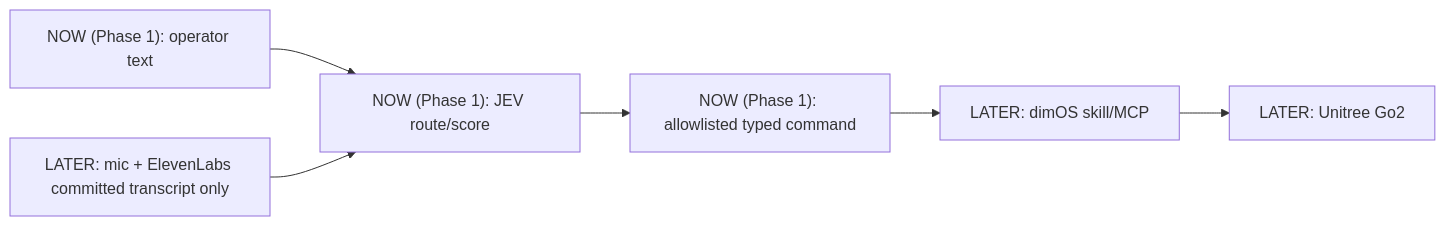
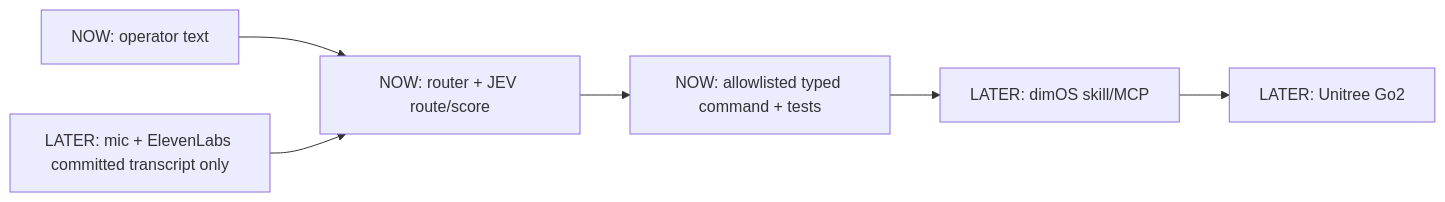
Before and after one commit to EkagraAgarwal/Steve: the diagram in README.md, drawn with Mermaid. The commit also changed other lines of this file and 9 other files, not shown here.

Commit message:
feat: add JEV command router

````diff
--- a/README.md
+++ b/README.md
@@ -15,8 +15,8 @@
 ```mermaid
 flowchart LR
-    T["NOW (Phase 1): operator text"] --> J["NOW (Phase 1): JEV route/score"]
-    J --> C["NOW (Phase 1): allowlisted typed command"]
+    T["NOW: operator text"] --> J["NOW: router + JEV route/score"]
+    J --> C["NOW: allowlisted typed command + tests"]
     C --> D["LATER: dimOS skill/MCP"]
     D --> G["LATER: Unitree Go2"]
     M["LATER: mic + ElevenLabs committed transcript only"] --> J
 ```
````
